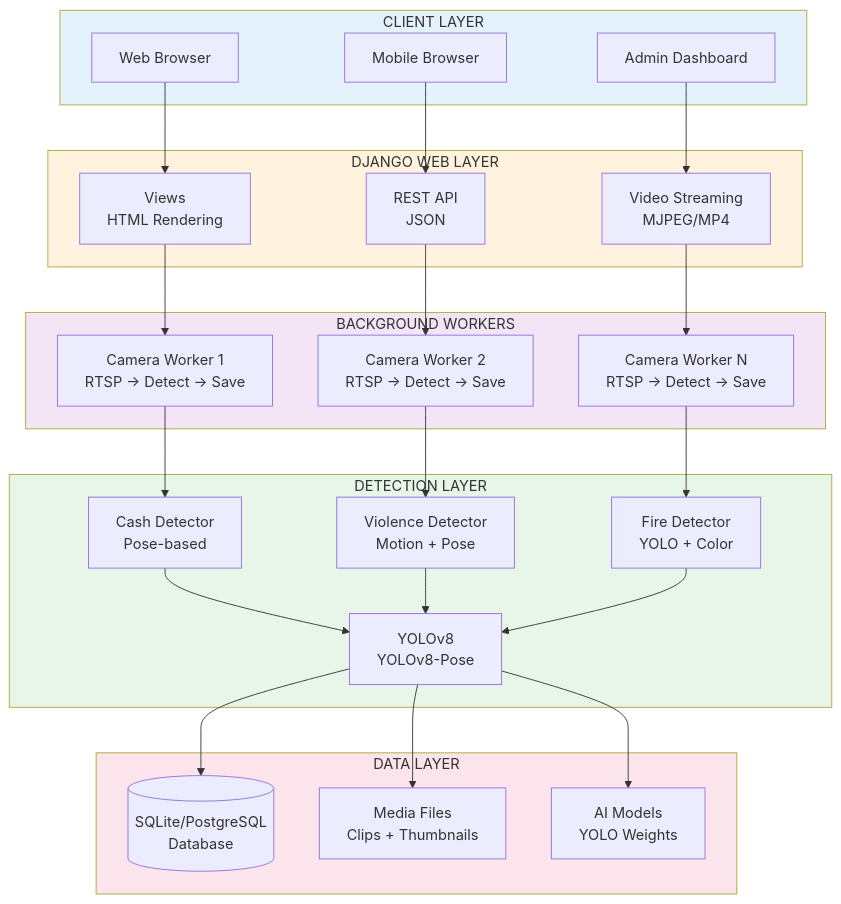
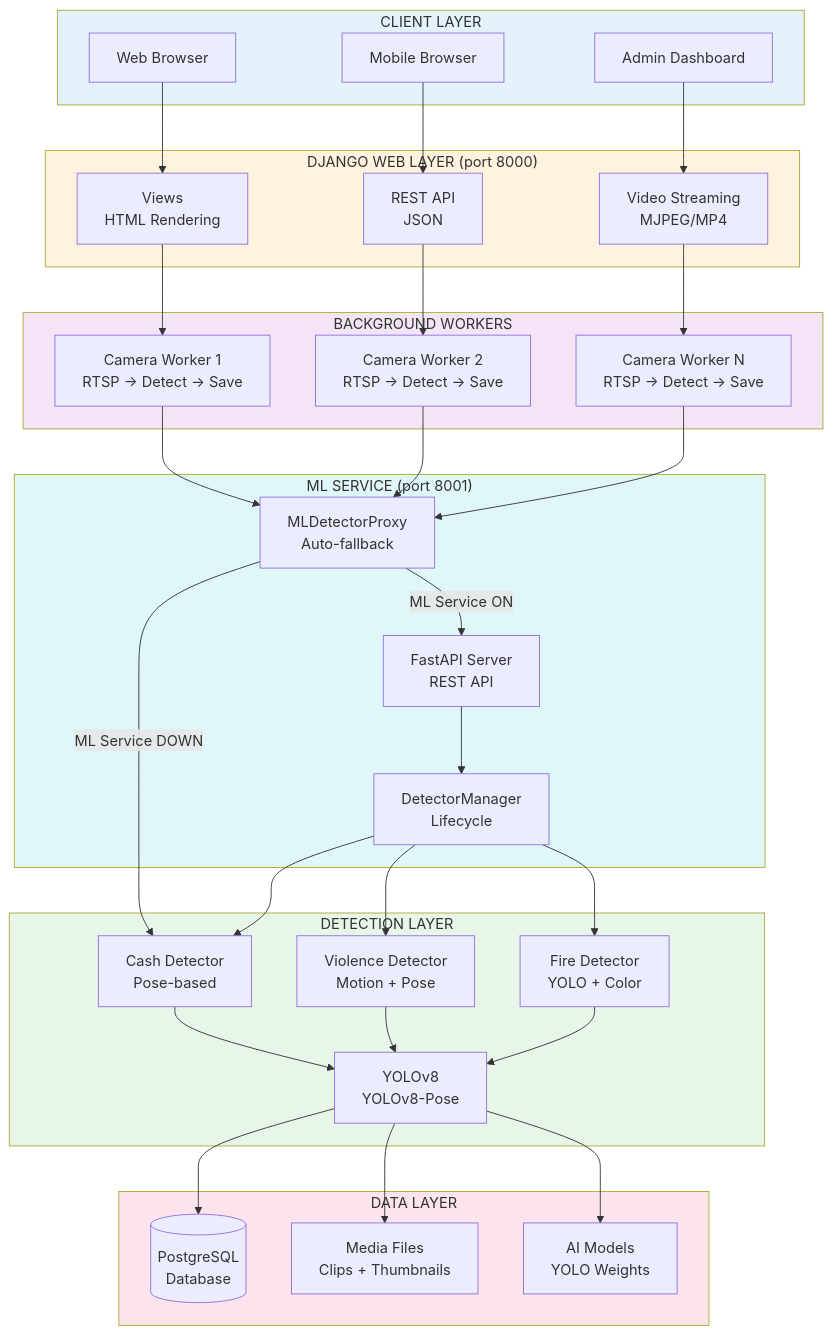
Before and after one commit to Loop-Dimension/Hotel-Cash-Detector: the first of 6 diagrams in docs/01-architecture.md, drawn with Mermaid. The commit also changed other lines of this file and 7 other files, not shown here.

````diff
--- a/docs/01-architecture.md
+++ b/docs/01-architecture.md
@@ -23,59 +51,73 @@
 ```mermaid
 graph TB
     subgraph Client["CLIENT LAYER"]
         Browser[Web Browser]
         Mobile[Mobile Browser]
         Admin[Admin Dashboard]
     end
 
-    subgraph Django["DJANGO WEB LAYER"]
+    subgraph Django["DJANGO WEB LAYER (port 8000)"]
         Views[Views<br/>HTML Rendering]
         API[REST API<br/>JSON]
         Streaming[Video Streaming<br/>MJPEG/MP4]
     end
 
     subgraph Workers["BACKGROUND WORKERS"]
         Worker1[Camera Worker 1<br/>RTSP → Detect → Save]
         Worker2[Camera Worker 2<br/>RTSP → Detect → Save]
         WorkerN[Camera Worker N<br/>RTSP → Detect → Save]
     end
 
+    subgraph MLService["ML SERVICE (port 8001)"]
+        MLProxy[MLDetectorProxy<br/>Auto-fallback]
+        FastAPI[FastAPI Server<br/>REST API]
+        DetectorMgr[DetectorManager<br/>Lifecycle]
+    end
+
     subgraph Detection["DETECTION LAYER"]
         Cash[Cash Detector<br/>Pose-based]
         Violence[Violence Detector<br/>Motion + Pose]
         Fire[Fire Detector<br/>YOLO + Color]
         YOLO[YOLOv8<br/>YOLOv8-Pose]
     end
 
     subgraph Data["DATA LAYER"]
-        DB[(SQLite/PostgreSQL<br/>Database)]
+        DB[(PostgreSQL<br/>Database)]
         Media[Media Files<br/>Clips + Thumbnails]
         Models[AI Models<br/>YOLO Weights]
     end
 
     Browser --> Views
     Mobile --> API
     Admin --> Streaming
 
     Views --> Worker1
     API --> Worker2
     Streaming --> WorkerN
 
-    Worker1 --> Cash
-    Worker2 --> Violence
-    WorkerN --> Fire
+    Worker1 --> MLProxy
+    Worker2 --> MLProxy
+    WorkerN --> MLProxy
+
+    MLProxy -->|ML Service ON| FastAPI
+    MLProxy -->|ML Service DOWN| Cash
+    FastAPI --> DetectorMgr
+    DetectorMgr --> Cash
+    DetectorMgr --> Violence
+    DetectorMgr --> Fire
 
     Cash --> YOLO
     Violence --> YOLO
     Fire --> YOLO
 
     YOLO --> DB
     YOLO --> Media
     YOLO --> Models
 
     style Client fill:#e3f2fd
     style Django fill:#fff3e0
     style Workers fill:#f3e5f5
+    style MLService fill:#e0f7fa
     style Detection fill:#e8f5e9
     style Data fill:#fce4ec
 ```
````
